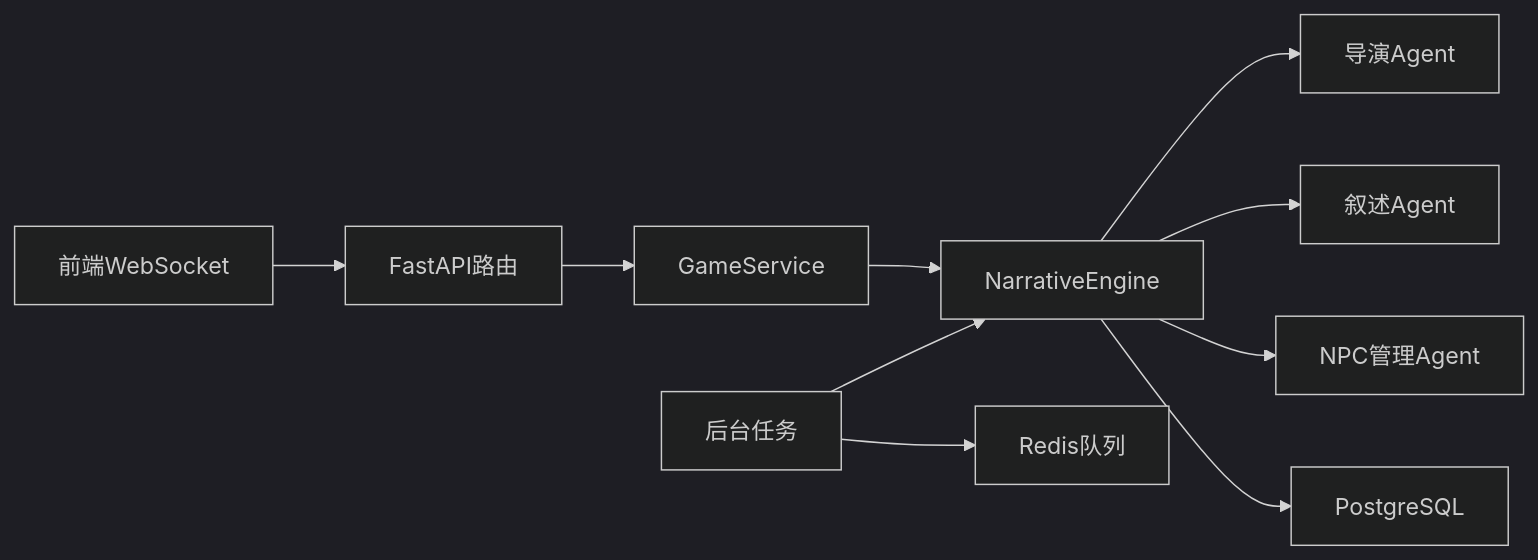
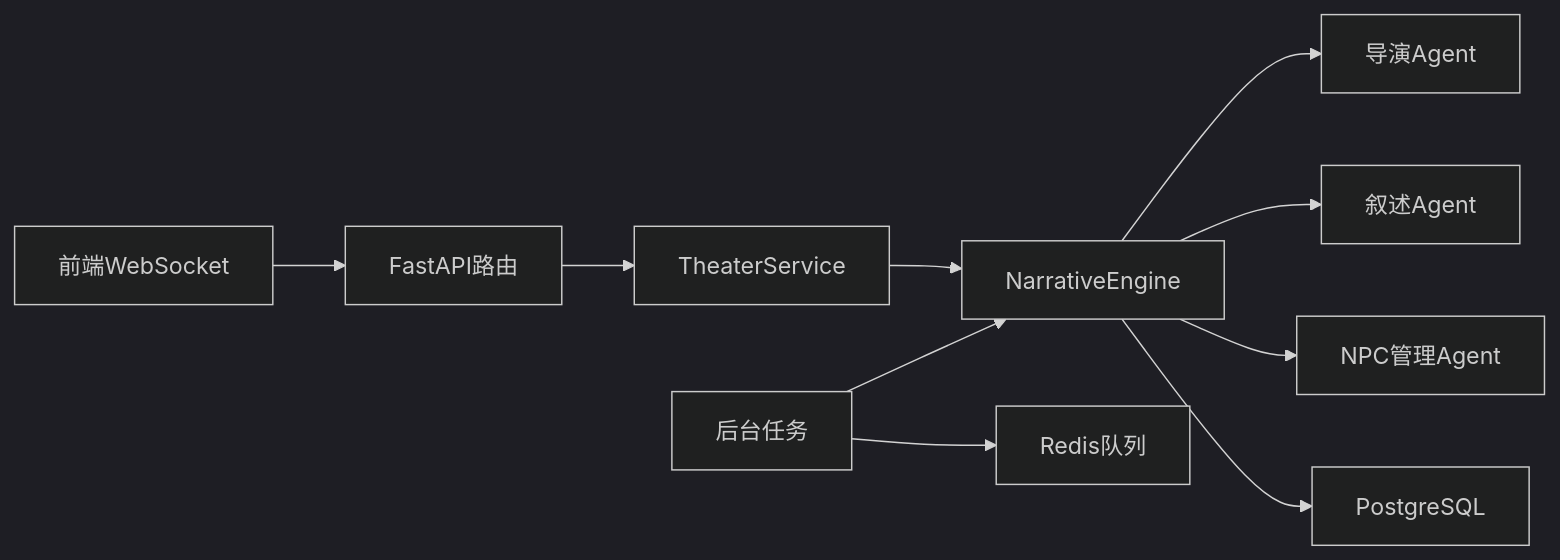
One commit to KunLabAI/KunFlix changed the sixth of 6 diagrams in .qoder/repowiki/zh/content/多智能体叙事引擎/叙述Agent.md. Above: the diagram before and after it, drawn with Mermaid (dark theme). The commit also changed other lines of this file and 112 other files, not shown here.

````diff
--- a/.qoder/repowiki/zh/content/多智能体叙事引擎/叙述Agent.md
+++ b/.qoder/repowiki/zh/content/多智能体叙事引擎/叙述Agent.md
@@ -246,12 +246,12 @@
 ```mermaid
 graph LR
 NE["NarrativeEngine"] --> DA["导演Agent"]
 NE --> NA["叙述Agent"]
 NE --> NAM["NPC管理Agent"]
-GS["GameService"] --> NE
+GS["TheaterService"] --> NE
 TK["后台任务"] --> NE
 FE["前端WebSocket"] --> API["FastAPI路由"]
 API --> GS
 NE --> DB["PostgreSQL"]
 TK --> RQ["Redis队列"]
 ```
````
